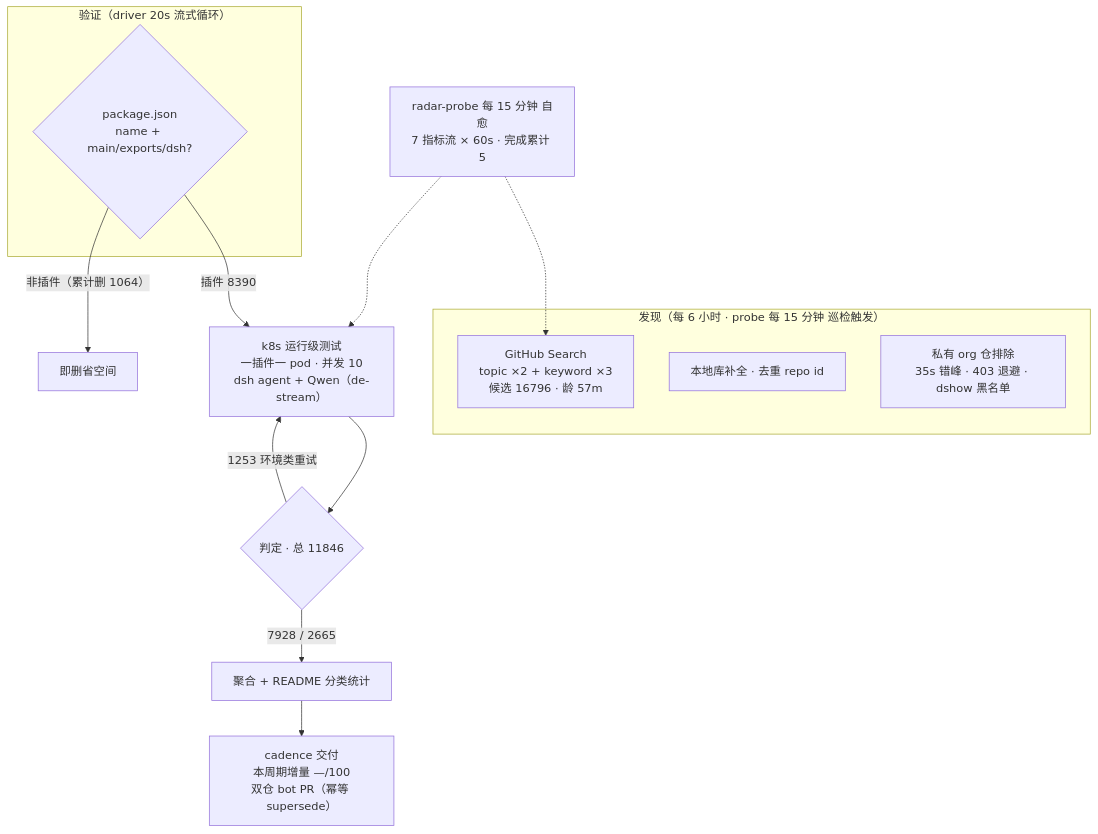
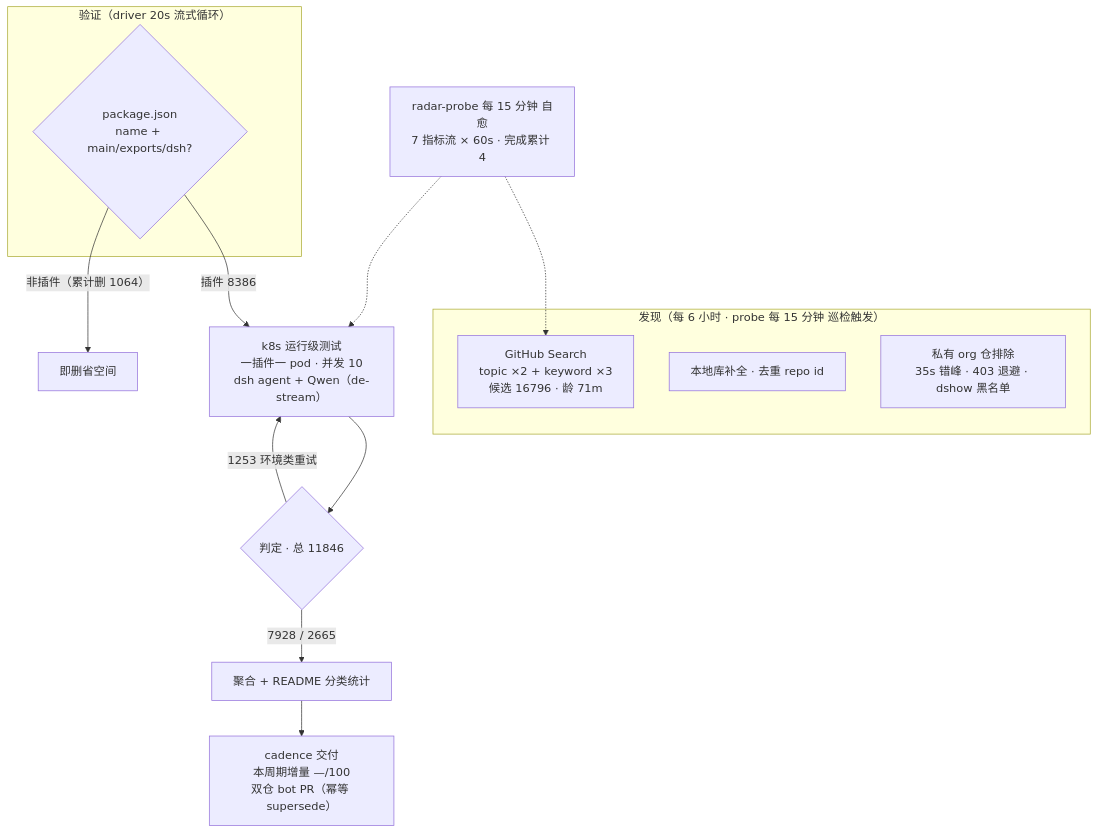
The diagram in README.md (Zhidao-Lab-OSS/awesome-dsh-plugins), drawn with Mermaid before and after one commit. The commit also changed other lines of this file and 1 other file, not shown here.

````diff
--- a/README.md
+++ b/README.md
@@ -52,20 +52,20 @@
 ```mermaid
 flowchart TB
     subgraph Discovery["发现（每 6 小时 · probe 每 15 分钟 巡检触发）"]
-        A1["GitHub Search<br/>topic ×2 + keyword ×3<br/>候选 16796 · 龄 57m"]
+        A1["GitHub Search<br/>topic ×2 + keyword ×3<br/>候选 16796 · 龄 71m"]
         A2["本地库补全 · 去重 repo id"]
         A3["私有 org 仓排除<br/>35s 错峰 · 403 退避 · dshow 黑名单"]
     end
     subgraph Validation["验证（driver 20s 流式循环）"]
         B1{"package.json<br/>name + main/exports/dsh?"}
     end
-    B1 -->|"插件 8390"| C1["k8s 运行级测试<br/>一插件一 pod · 并发 10<br/>dsh agent + Qwen（de-stream）"]
+    B1 -->|"插件 8386"| C1["k8s 运行级测试<br/>一插件一 pod · 并发 10<br/>dsh agent + Qwen（de-stream）"]
     B1 -->|"非插件（累计删 1064）"| B3["即删省空间"]
     C1 --> D1{"判定 · 总 11846"}
     D1 -->|"7928 / 2665"| E1["聚合 + README 分类统计"]
     D1 -->|"1253 环境类重试"| C1
     E1 --> E2["cadence 交付<br/>本周期增量 —/100<br/>双仓 bot PR（幂等 supersede）"]
-    M["radar-probe 每 15 分钟 自愈<br/>7 指标流 × 60s · 完成累计 5"]
+    M["radar-probe 每 15 分钟 自愈<br/>7 指标流 × 60s · 完成累计 4"]
     M -.-> A1
     M -.-> C1
 ```
````
